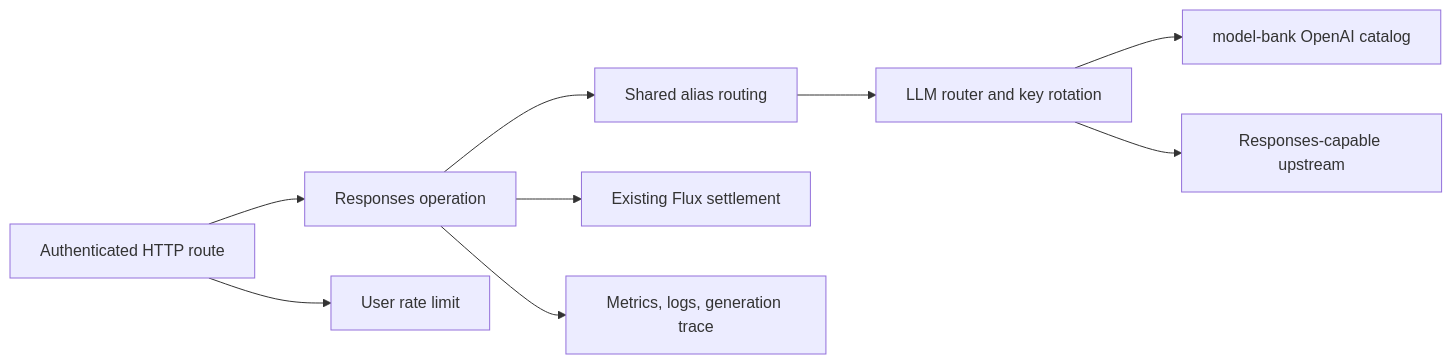
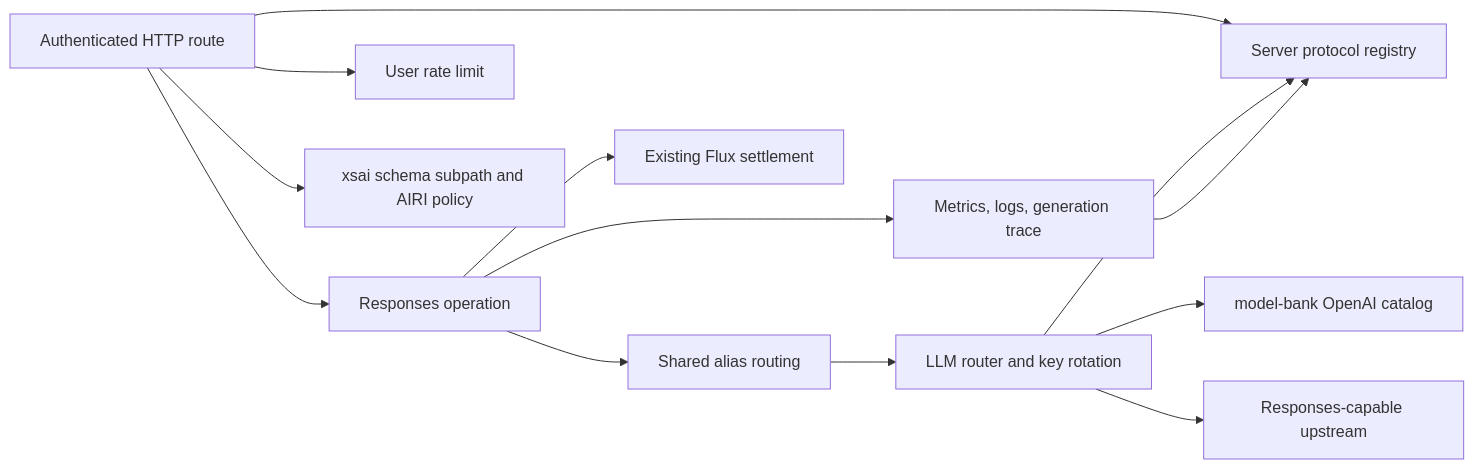
The first of 2 diagrams in server/docs/ai/adr/2026-09-15-hosted-responses.md (moeru-ai/airi), drawn with Mermaid before and after one commit. The commit also changed other lines of this file and 22 other files, not shown here.

````diff
--- a/server/docs/ai/adr/2026-09-15-hosted-responses.md
+++ b/server/docs/ai/adr/2026-09-15-hosted-responses.md
@@ -43,11 +58,15 @@
 ```mermaid
 flowchart LR
   HTTP[Authenticated HTTP route] --> Operation[Responses operation]
   HTTP --> Limit[User rate limit]
   Operation --> Alias[Shared alias routing]
   Alias --> Router[LLM router and key rotation]
+  HTTP --> Protocols[Server protocol registry]
+  Router --> Protocols
+  Observe --> Protocols
+  HTTP --> Schema[xsai schema subpath and AIRI policy]
   Router --> Catalog[model-bank OpenAI catalog]
   Router --> Upstream[Responses-capable upstream]
   Operation --> Billing[Existing Flux settlement]
   Operation --> Observe[Metrics, logs, generation trace]
 ```
````
